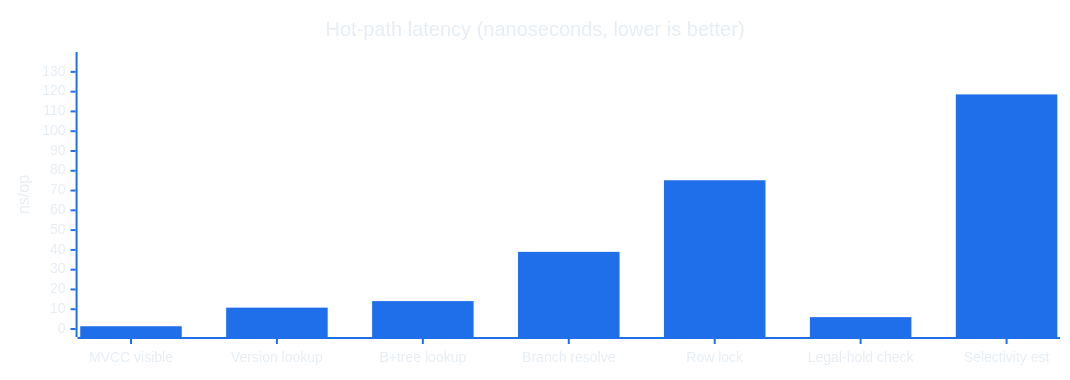
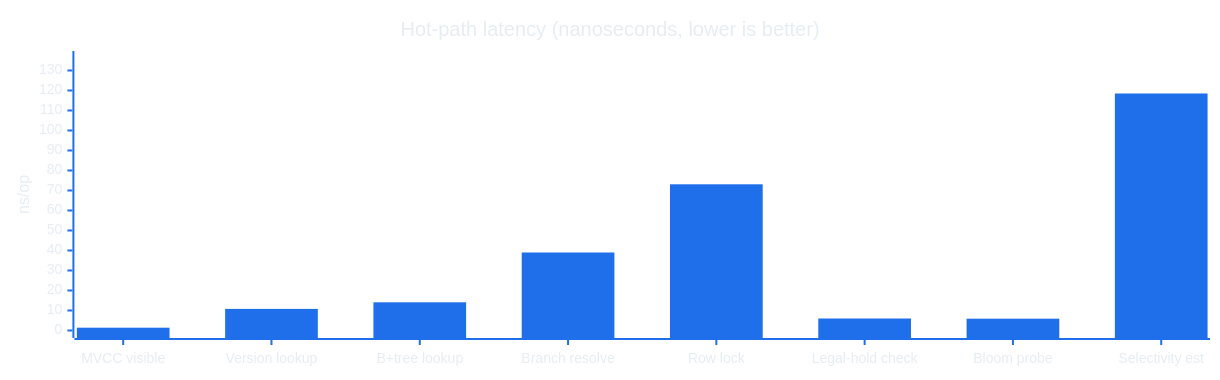
Before and after one commit to DataDalton/Zyron: the fourth of 4 diagrams in README.md, drawn with Mermaid. The commit also changed other lines of this file and 70 other files, not shown here.

Commit message:
Performance and unconditional durability with group-commit WAL, lock-free B+tree/ProcArray/catalog, parallel scan+aggregate, SIMD parser, plan/statement cache plus auto-param, and ABAC policy enforcement

````diff
--- a/README.md
+++ b/README.md
@@ -216,8 +225,8 @@
 ```mermaid
-%%{init: {'theme':'base','themeVariables':{'xyChart':{'backgroundColor':'transparent','titleColor':'#e6edf3','xAxisLabelColor':'#e6edf3','xAxisTitleColor':'#e6edf3','xAxisTickColor':'#1f6feb','xAxisLineColor':'#1f6feb','yAxisLabelColor':'#e6edf3','yAxisTitleColor':'#e6edf3','yAxisTickColor':'#1f6feb','yAxisLineColor':'#1f6feb','plotColorPalette':'#1f6feb'}},'xyChart':{'width':1050,'height':360}}}%%
+%%{init: {'theme':'base','themeVariables':{'xyChart':{'backgroundColor':'transparent','titleColor':'#e6edf3','xAxisLabelColor':'#e6edf3','xAxisTitleColor':'#e6edf3','xAxisTickColor':'#1f6feb','xAxisLineColor':'#1f6feb','yAxisLabelColor':'#e6edf3','yAxisTitleColor':'#e6edf3','yAxisTickColor':'#1f6feb','yAxisLineColor':'#1f6feb','plotColorPalette':'#1f6feb'}},'xyChart':{'width':1200,'height':360}}}%%
 xychart-beta
     title "Hot-path latency (nanoseconds, lower is better)"
-    x-axis ["MVCC visible", "Version lookup", "B+tree lookup", "Branch resolve", "Row lock", "Legal-hold check", "Selectivity est"]
+    x-axis ["MVCC visible", "Version lookup", "B+tree lookup", "Branch resolve", "Row lock", "Legal-hold check", "Bloom probe", "Selectivity est"]
     y-axis "ns/op" 0 --> 136
-    bar [1.4, 10.8, 14.1, 39.0, 75.2, 6.0, 118.6]
+    bar [1.4, 10.8, 14.1, 39.0, 73.1, 6.0, 5.9, 118.5]
 ```
````
